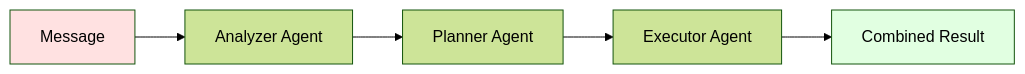
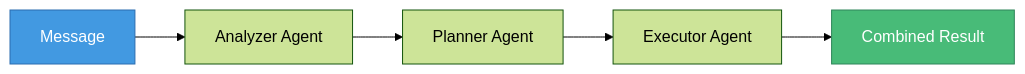
Before and after one commit to scarnecchia/numina: the third of 7 diagrams in docs/group-coordination-guide.md, drawn with Mermaid (forest theme). The commit also changed other lines of this file and 1 other file, not shown here.

Commit message:
diagram fixes

````diff
--- a/docs/group-coordination-guide.md
+++ b/docs/group-coordination-guide.md
@@ -99,9 +99,9 @@
 ```mermaid
 graph LR
     M[Message] --> S1[Analyzer Agent]
     S1 --> S2[Planner Agent]
     S2 --> S3[Executor Agent]
     S3 --> R[Combined Result]
-    style M fill:#ffe1e1
-    style R fill:#e1ffe1
+    style M fill:#4299e1,stroke:#2b6cb0,color:#fff
+    style R fill:#48bb78,stroke:#2f855a,color:#fff
 ```
````
